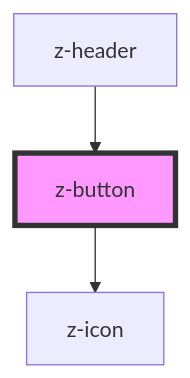
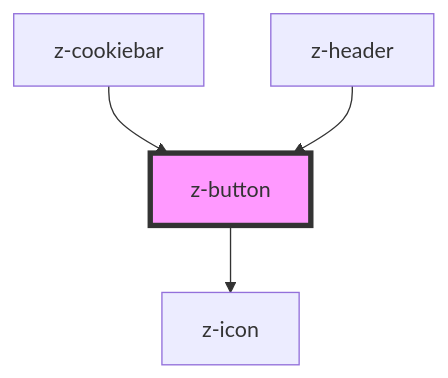
The diagram in src/components/buttons/z-button/readme.md (ZanichelliEditore/design-system), drawn with Mermaid before and after one commit. The commit also changed other lines of this file and 2 other files, not shown here.

````diff
--- a/src/components/buttons/z-button/readme.md
+++ b/src/components/buttons/z-button/readme.md
@@ -55,6 +56,7 @@
 ```mermaid
 graph TD;
   z-button --> z-icon
+  z-cookiebar --> z-button
   z-header --> z-button
   style z-button fill:#f9f,stroke:#333,stroke-width:4px
 ```
````
